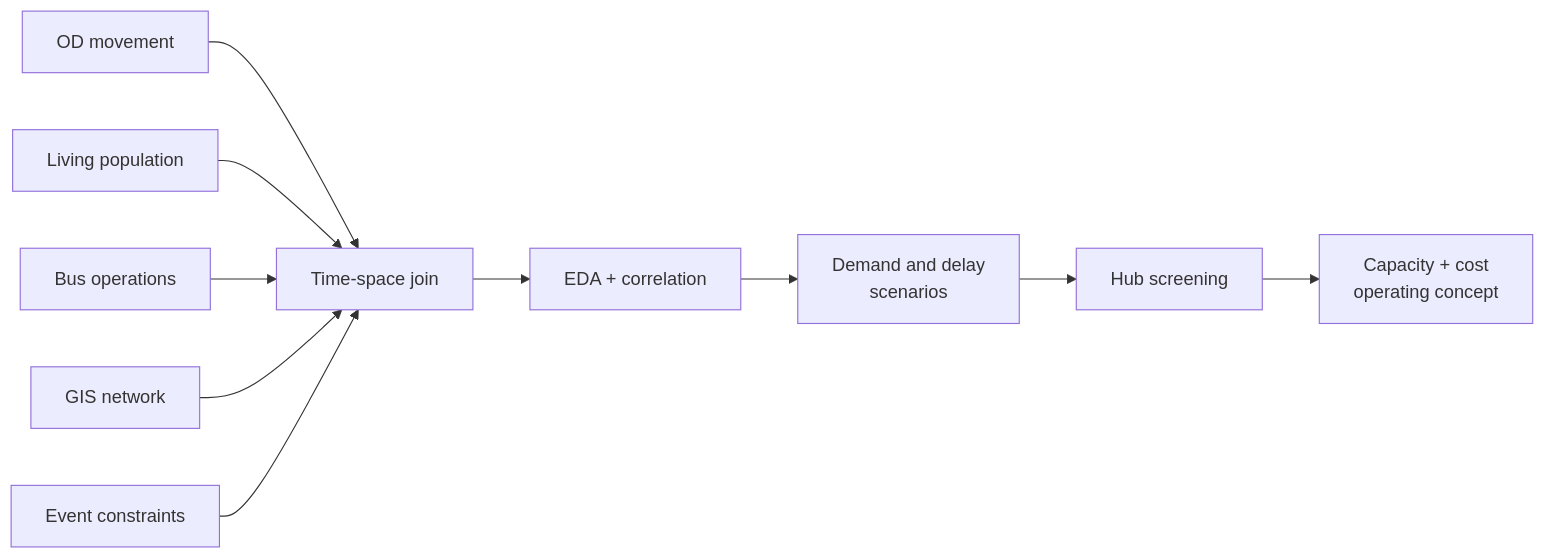
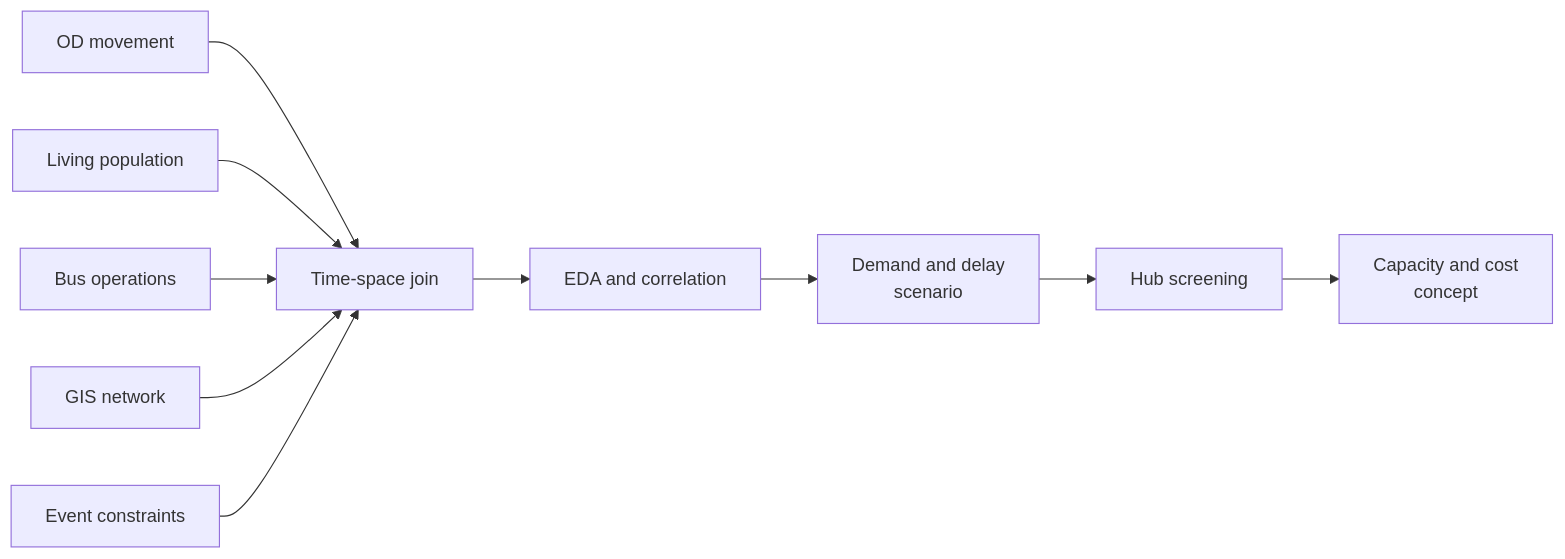
One commit to yoon-chan-hyeok/event-traffic-delay-analysis changed the diagram in README.md. Above: the diagram before and after it, drawn with Mermaid. The commit also changed other lines of this file and 1 other file, not shown here.

````diff
--- a/README.md
+++ b/README.md
@@ -73,12 +28,12 @@
 ```mermaid
 flowchart LR
     A["OD movement"] --> J["Time-space join"]
     B["Living population"] --> J
     C["Bus operations"] --> J
     D["GIS network"] --> J
     E["Event constraints"] --> J
-    J --> F["EDA + correlation"]
-    F --> G["Demand and delay<br/>scenarios"]
+    J --> F["EDA and correlation"]
+    F --> G["Demand and delay<br/>scenario"]
     G --> H["Hub screening"]
-    H --> I["Capacity + cost<br/>operating concept"]
+    H --> I["Capacity and cost<br/>concept"]
 ```
````
